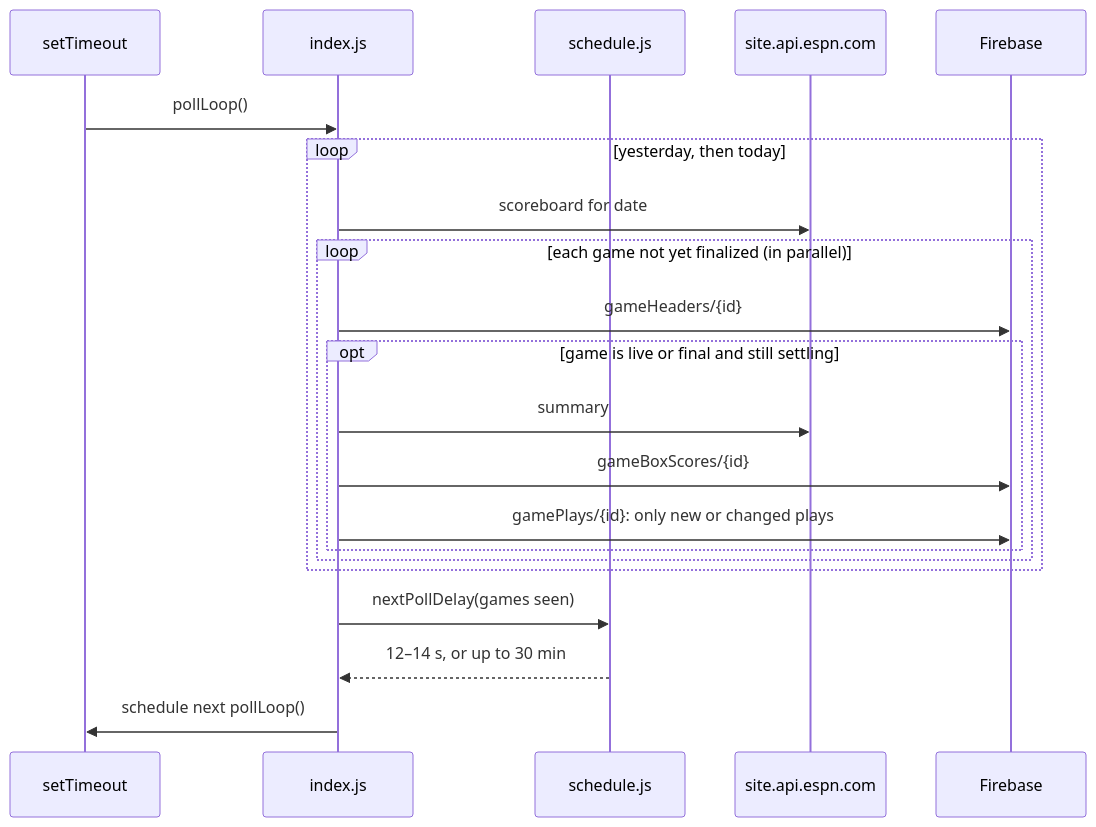
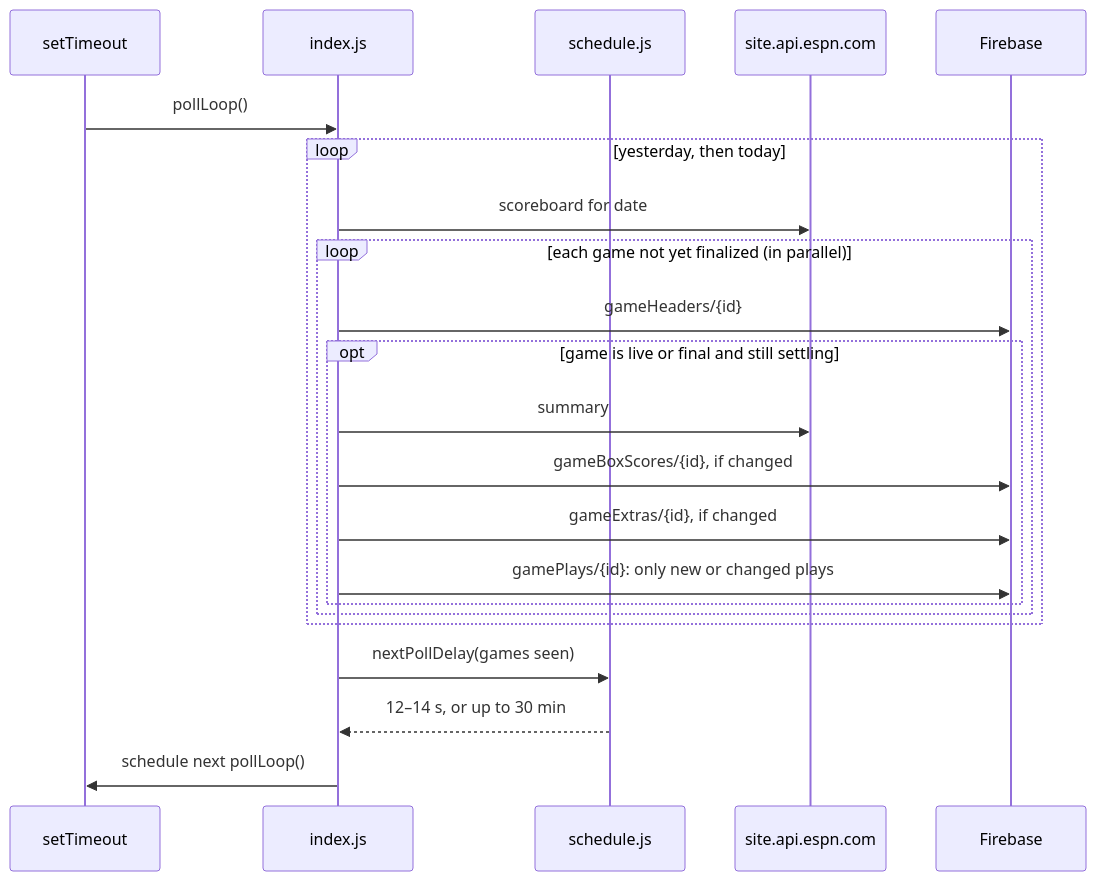
One commit to kriskramer/hoop-server changed the second of 2 diagrams in docs/architecture.md. Above: the diagram before and after it, drawn with Mermaid. The commit also changed other lines of this file and 5 other files, not shown here.

````diff
--- a/docs/architecture.md
+++ b/docs/architecture.md
@@ -69,24 +71,25 @@
 ```mermaid
 sequenceDiagram
     participant Timer as setTimeout
     participant Idx as index.js
     participant Sched as schedule.js
     participant ESPN as site.api.espn.com
     participant DB as Firebase
 
     Timer->>Idx: pollLoop()
     loop yesterday, then today
         Idx->>ESPN: scoreboard for date
         loop each game not yet finalized (in parallel)
             Idx->>DB: gameHeaders/{id}
             opt game is live or final and still settling
                 Idx->>ESPN: summary
-                Idx->>DB: gameBoxScores/{id}
+                Idx->>DB: gameBoxScores/{id}, if changed
+                Idx->>DB: gameExtras/{id}, if changed
                 Idx->>DB: gamePlays/{id}: only new or changed plays
             end
         end
     end
     Idx->>Sched: nextPollDelay(games seen)
     Sched-->>Idx: 12–14 s, or up to 30 min
     Idx->>Timer: schedule next pollLoop()
 ```
````
